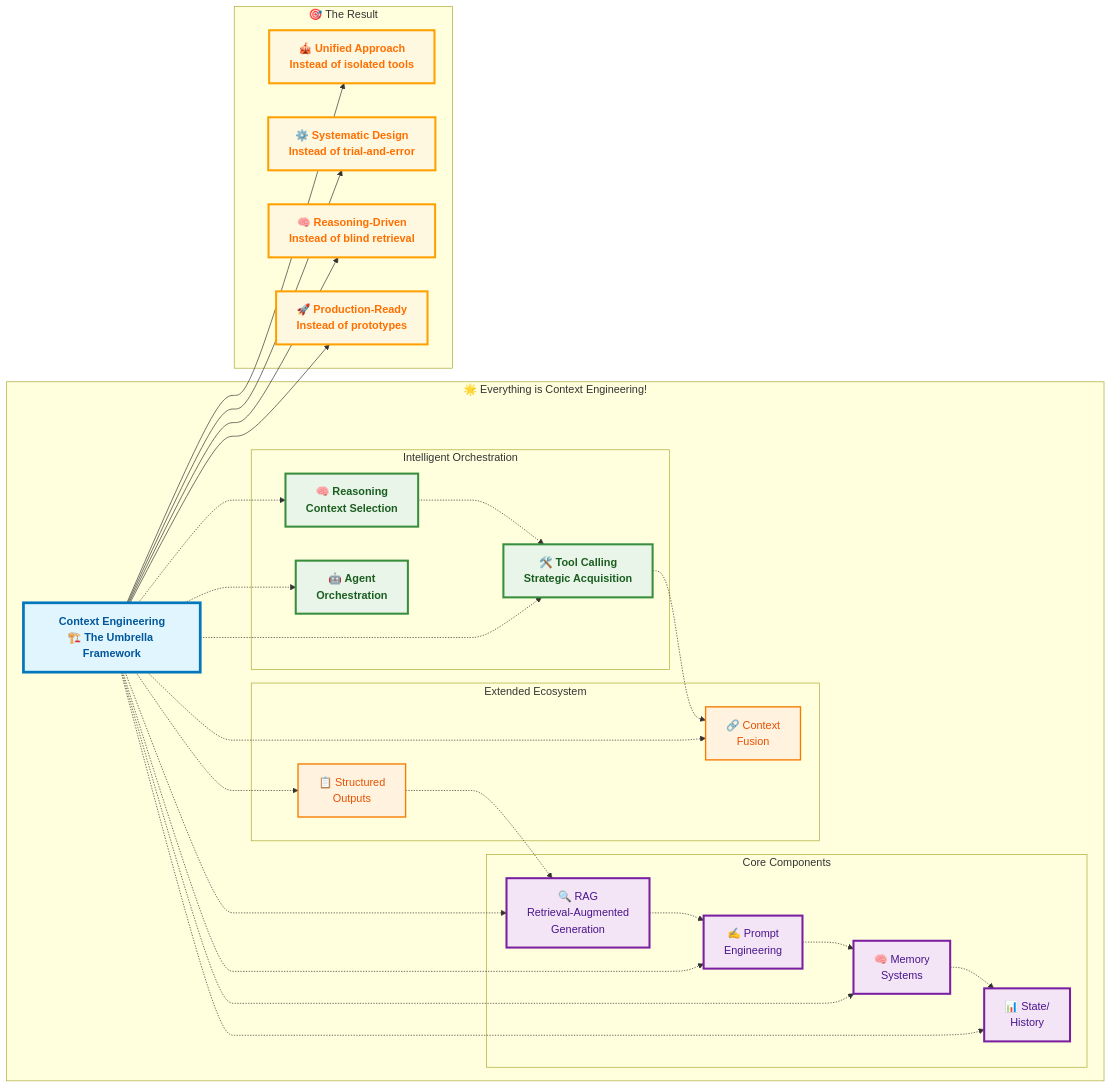
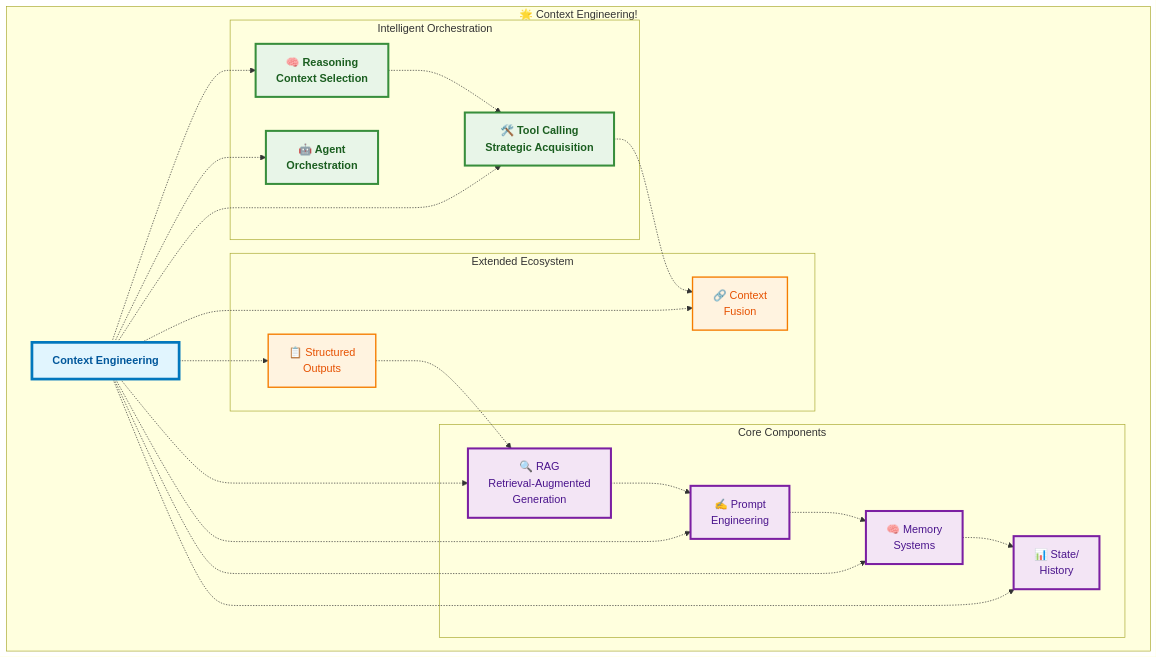
One commit to raphaelmansuy/tutorials changed the third of 18 diagrams in 32_context_engineering/03_what_is_context_engineering.md. Above: the diagram before and after it, drawn with Mermaid.

Commit message:
Update Chapter 3: Change flowchart direction from LR to TD and simplify the representation of Context Engineering components for clarity

````diff
--- a/32_context_engineering/03_what_is_context_engineering.md
+++ b/32_context_engineering/03_what_is_context_engineering.md
@@ -151,66 +151,54 @@
 ```mermaid
-flowchart LR
-    subgraph "🌟 Everything is Context Engineering!"
-        CE[Context Engineering<br/>🏗️ The Umbrella Framework]
+flowchart TD
+    subgraph "🌟 Context Engineering!"
+        CE[Context Engineering]
 
         subgraph "Core Components"
             RAG[🔍 RAG<br/>Retrieval-Augmented<br/>Generation]
             PE[✍️ Prompt<br/>Engineering]
             MEM[🧠 Memory<br/>Systems]
             STATE[📊 State/<br/>History]
         end
 
         subgraph "Intelligent Orchestration"
             REASONING[🧠 Reasoning<br/>Context Selection]
             TOOLS[🛠️ Tool Calling<br/>Strategic Acquisition]
             AGENTS[🤖 Agent<br/>Orchestration]
         end
         
         subgraph "Extended Ecosystem"
             SO[📋 Structured<br/>Outputs]
             FUSION[🔗 Context<br/>Fusion]
         end
     end
 
     CE -.-> RAG
     CE -.-> PE
     CE -.-> MEM
     CE -.-> STATE
     CE -.-> REASONING
     CE -.-> TOOLS
     CE -.-> AGENTS
     CE -.-> SO
     CE -.-> FUSION
 
     RAG -.-> PE
     PE -.-> MEM
     MEM -.-> STATE
     REASONING -.-> TOOLS
     TOOLS -.-> FUSION
     SO -.-> RAG
 
-    subgraph "🎯 The Result"
-        UNIFIED[🎪 Unified Approach<br/>Instead of isolated tools]
-        SYSTEMATIC[⚙️ Systematic Design<br/>Instead of trial-and-error]
-        INTELLIGENT[🧠 Reasoning-Driven<br/>Instead of blind retrieval]
-        PRODUCTION[🚀 Production-Ready<br/>Instead of prototypes]
-    end
-
-    CE --> UNIFIED
-    CE --> SYSTEMATIC
-    CE --> INTELLIGENT
-    CE --> PRODUCTION
-
     classDef framework fill:#e1f5fe,stroke:#0277bd,stroke-width:4px,color:#01579b,font-weight:bold
     classDef core fill:#f3e5f5,stroke:#7b1fa2,stroke-width:3px,color:#4a148c
     classDef orchestration fill:#e8f5e8,stroke:#388e3c,stroke-width:3px,color:#1b5e20,font-weight:bold
     classDef extended fill:#fff3e0,stroke:#f57c00,stroke-width:2px,color:#e65100
     classDef result fill:#fff8e1,stroke:#ffa000,stroke-width:3px,color:#ff6f00,font-weight:bold
     classDef connection stroke:#9e9e9e,stroke-width:1px,stroke-dasharray:3,3
 
     class CE framework
     class RAG,PE,MEM,STATE core
     class REASONING,TOOLS,AGENTS orchestration
     class SO,FUSION extended
     class UNIFIED,SYSTEMATIC,INTELLIGENT,PRODUCTION result
 ```
````
